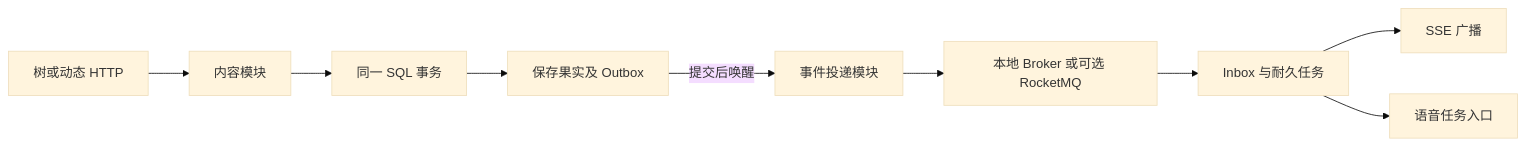
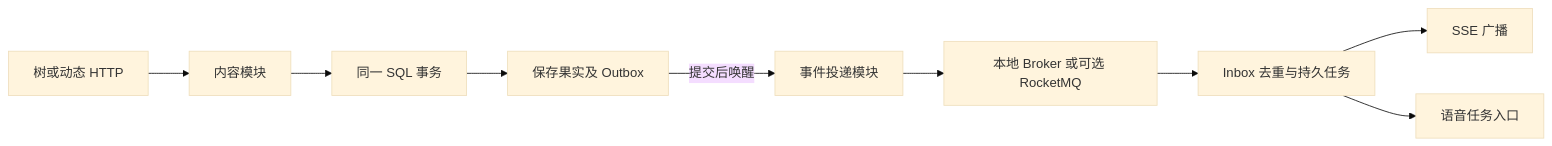
Before and after one commit to aurora-deng/web: the diagram in docs/architecture/business/engineering/community-runtime-modules.md, drawn with Mermaid (base theme). The commit also changed other lines of this file and 41 other files, not shown here.

````diff
--- a/docs/architecture/business/engineering/community-runtime-modules.md
+++ b/docs/architecture/business/engineering/community-runtime-modules.md
@@ -11,11 +13,11 @@
 ```mermaid
 flowchart LR
     R[树或动态 HTTP] --> C[内容模块]
     C --> T[同一 SQL 事务]
     T --> P[保存果实及 Outbox]
     P -->|提交后唤醒| D[事件投递模块]
     D --> B[本地 Broker 或可选 RocketMQ]
-    B --> I[Inbox 与耐久任务]
+    B --> I[Inbox 去重与持久任务]
     I --> S[SSE 广播]
     I --> V[语音任务入口]
 ```
````
